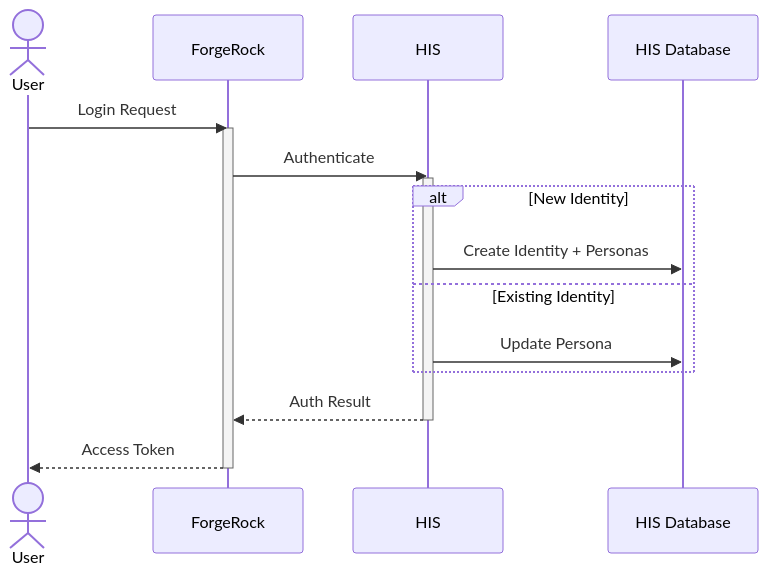
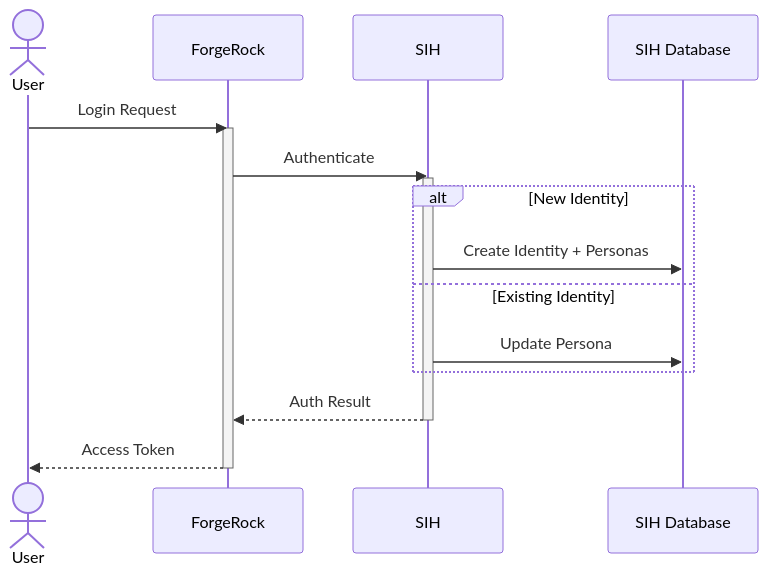
One commit to ahmedHanie93/Personal-projects changed the first of 9 diagrams in MorganStanely/test2.md. Above: the diagram before and after it, drawn with Mermaid. The commit also changed other lines of this file, not shown here.

````diff
--- a/MorganStanely/test2.md
+++ b/MorganStanely/test2.md
@@ -28,20 +28,20 @@
 ```mermaid
 sequenceDiagram
     actor User
-    participant FR as ForgeRock
-    participant HIS
-    participant DB as HIS Database
-    User ->> FR: Login Request
-    activate FR
-    FR ->> HIS: Authenticate
-    activate HIS
+    participant RF as ForgeRock
+    participant SIH
+    participant DB as SIH Database
+    User ->> RF: Login Request
+    activate RF
+    RF ->> SIH: Authenticate
+    activate SIH
     alt New Identity
-        HIS ->> DB: Create Identity + Personas
+        SIH ->> DB: Create Identity + Personas
     else Existing Identity
-        HIS ->> DB: Update Persona
+        SIH ->> DB: Update Persona
     end
-    HIS -->> FR: Auth Result
-    deactivate HIS
-    FR -->> User: Access Token
-    deactivate FR
+    SIH -->> RF: Auth Result
+    deactivate SIH
+    RF -->> User: Access Token
+    deactivate RF
 ```
````
